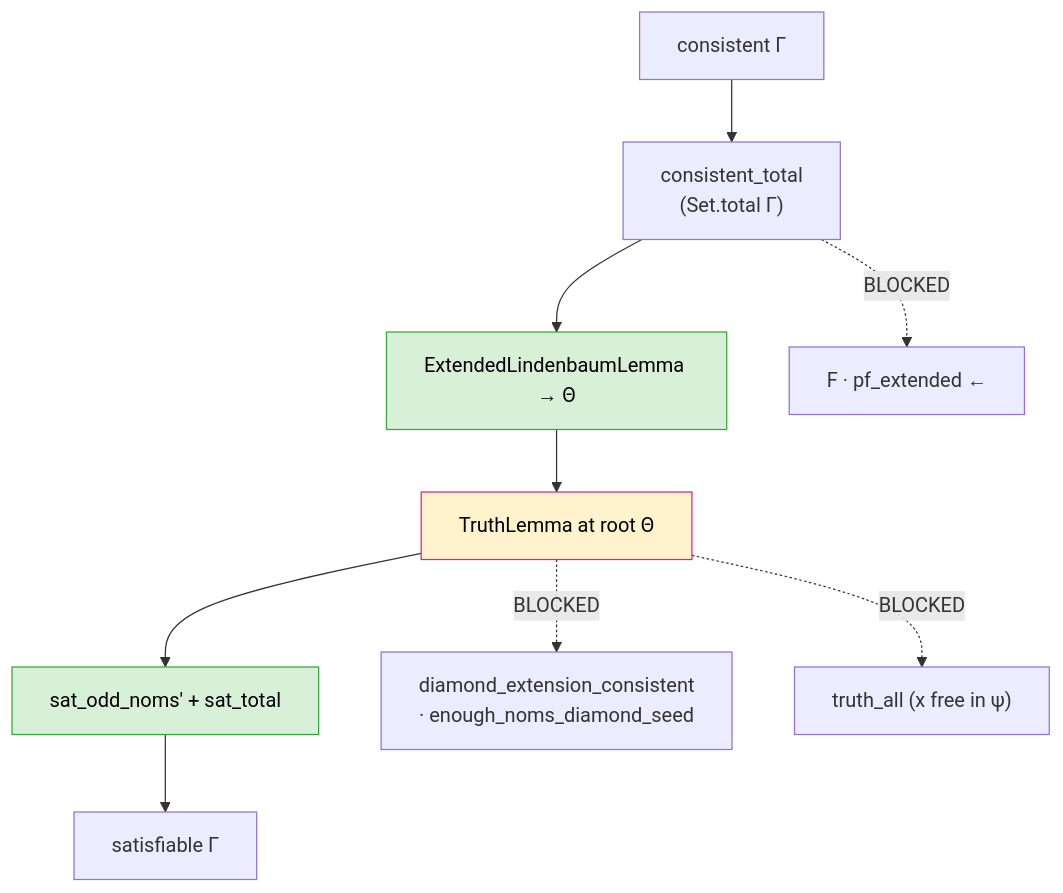
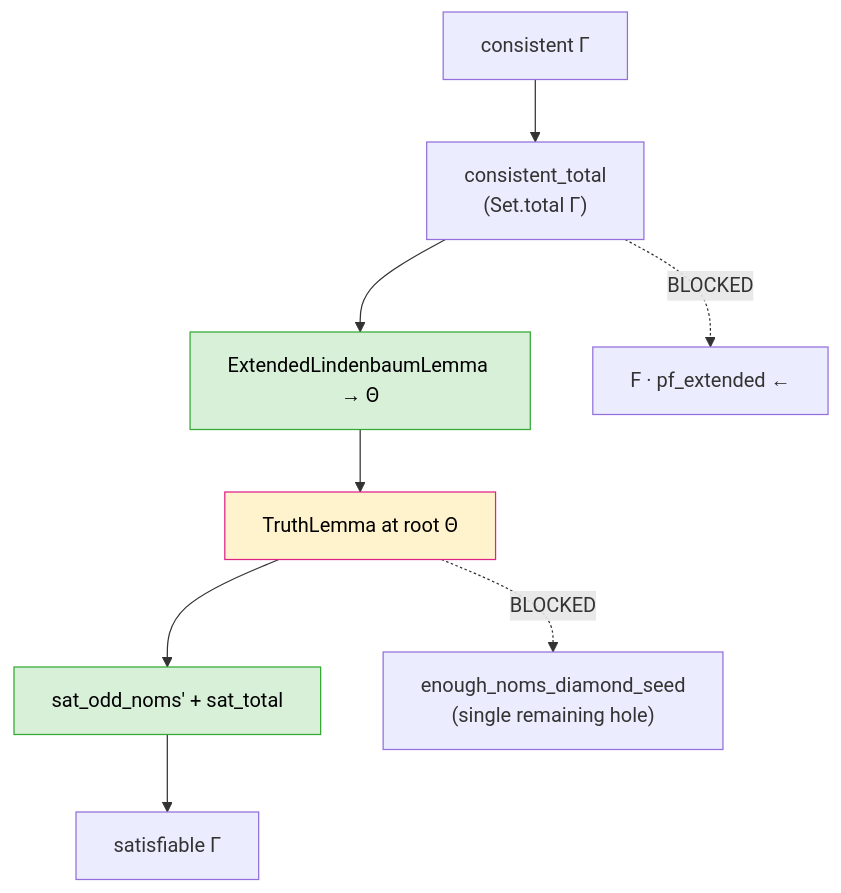
Before and after one commit to catskillsresearch/hybrid_logic_lean_revisited: the fifth of 5 diagrams in arxiv.md, drawn with Mermaid. The commit also changed other lines of this file and 2 other files, not shown here.

First line of the commit message:
TL: prove truth_all (∀ truth-lemma case), close second-to-last hole

````diff
--- a/arxiv.md
+++ b/arxiv.md
@@ -339,15 +338,14 @@
 ```mermaid
 flowchart TD
   classDef pass fill:#d8efd8,stroke:#3a3,color:#000
   classDef partial fill:#fff3cd,stroke:#d28,color:#000
   classDef open fill:#f8d7da,stroke:#c33,color:#000
 
   A["consistent Γ"] --> B["consistent_total<br/>(Set.total Γ)"]
   B --> C["ExtendedLindenbaumLemma → Θ"]:::pass
   C --> D["TruthLemma at root Θ"]:::partial
   D --> E["sat_odd_noms' + sat_total"]:::pass
   E --> F["satisfiable Γ"]
   B -.->|"BLOCKED"| G["F · pf_extended ←"]
-  D -.->|"BLOCKED"| H1["diamond_extension_consistent<br/>· enough_noms_diamond_seed"]
-  D -.->|"BLOCKED"| H2["truth_all (x free in ψ)"]
+  D -.->|"BLOCKED"| H1["enough_noms_diamond_seed<br/>(single remaining hole)"]
 ```
````
